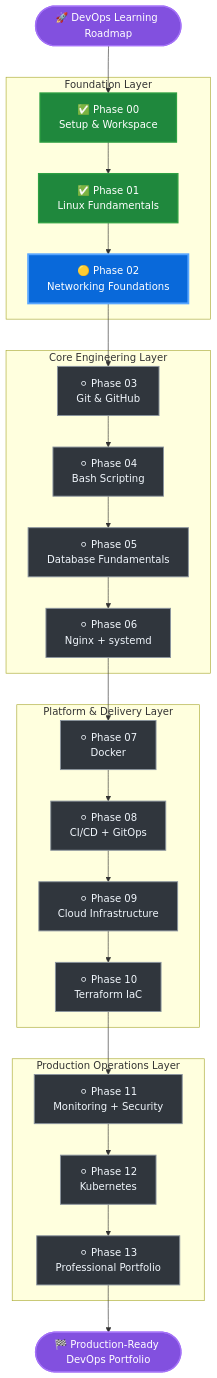
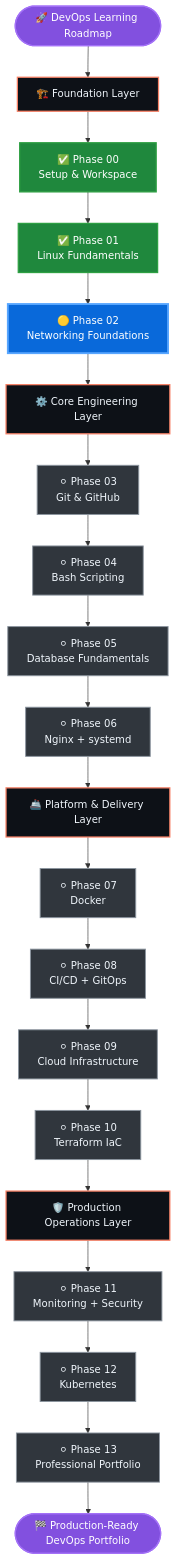
The diagram in ROADMAP.md (gourgen-grigoryan/gourgen-devops-labs), drawn with Mermaid before and after one commit. The commit also changed other lines of this file, not shown here.

Commit message:
Clean up roadmap visual flow diagram

````diff
--- a/ROADMAP.md
+++ b/ROADMAP.md
@@ -102,42 +102,44 @@
 ```mermaid
 flowchart TB
     classDef completed fill:#1f883d,stroke:#2ea043,color:#ffffff,stroke-width:2px
     classDef current fill:#0969da,stroke:#58a6ff,color:#ffffff,stroke-width:3px
     classDef planned fill:#30363d,stroke:#8b949e,color:#f0f6fc,stroke-width:1.5px
+    classDef layer fill:#0d1117,stroke:#f78166,color:#f0f6fc,stroke-width:2px
     classDef project fill:#8250df,stroke:#a371f7,color:#ffffff,stroke-width:2px
 
     Start(["🚀 DevOps Learning Roadmap"]):::project
 
-    subgraph Foundation["Foundation Layer"]
-        P00["✅ Phase 00<br/>Setup & Workspace"]:::completed
-        P01["✅ Phase 01<br/>Linux Fundamentals"]:::completed
-        P02["🟡 Phase 02<br/>Networking Foundations"]:::current
-    end
+    L1["🏗️ Foundation Layer"]:::layer
+    P00["✅ Phase 00<br/>Setup & Workspace"]:::completed
+    P01["✅ Phase 01<br/>Linux Fundamentals"]:::completed
+    P02["🟡 Phase 02<br/>Networking Foundations"]:::current
 
-    subgraph Core["Core Engineering Layer"]
-        P03["⚪ Phase 03<br/>Git & GitHub"]:::planned
-        P04["⚪ Phase 04<br/>Bash Scripting"]:::planned
-        P05["⚪ Phase 05<br/>Database Fundamentals"]:::planned
-        P06["⚪ Phase 06<br/>Nginx + systemd"]:::planned
-    end
+    L2["⚙️ Core Engineering Layer"]:::layer
+    P03["⚪ Phase 03<br/>Git & GitHub"]:::planned
+    P04["⚪ Phase 04<br/>Bash Scripting"]:::planned
+    P05["⚪ Phase 05<br/>Database Fundamentals"]:::planned
+    P06["⚪ Phase 06<br/>Nginx + systemd"]:::planned
 
-    subgraph Platform["Platform & Delivery Layer"]
-        P07["⚪ Phase 07<br/>Docker"]:::planned
-        P08["⚪ Phase 08<br/>CI/CD + GitOps"]:::planned
-        P09["⚪ Phase 09<br/>Cloud Infrastructure"]:::planned
-        P10["⚪ Phase 10<br/>Terraform IaC"]:::planned
-    end
+    L3["🚢 Platform & Delivery Layer"]:::layer
+    P07["⚪ Phase 07<br/>Docker"]:::planned
+    P08["⚪ Phase 08<br/>CI/CD + GitOps"]:::planned
+    P09["⚪ Phase 09<br/>Cloud Infrastructure"]:::planned
+    P10["⚪ Phase 10<br/>Terraform IaC"]:::planned
 
-    subgraph Operations["Production Operations Layer"]
-        P11["⚪ Phase 11<br/>Monitoring + Security"]:::planned
-        P12["⚪ Phase 12<br/>Kubernetes"]:::planned
-        P13["⚪ Phase 13<br/>Professional Portfolio"]:::planned
-    end
+    L4["🛡️ Production Operations Layer"]:::layer
+    P11["⚪ Phase 11<br/>Monitoring + Security"]:::planned
+    P12["⚪ Phase 12<br/>Kubernetes"]:::planned
+    P13["⚪ Phase 13<br/>Professional Portfolio"]:::planned
 
     Finish(["🏁 Production-Ready DevOps Portfolio"]):::project
 
-    Start --> P00 --> P01 --> P02
-    P02 --> P03 --> P04 --> P05 --> P06
-    P06 --> P07 --> P08 --> P09 --> P10
-    P10 --> P11 --> P12 --> P13 --> Finish
+    Start --> L1
+    L1 --> P00 --> P01 --> P02
+    P02 --> L2
+    L2 --> P03 --> P04 --> P05 --> P06
+    P06 --> L3
+    L3 --> P07 --> P08 --> P09 --> P10
+    P10 --> L4
+    L4 --> P11 --> P12 --> P13
+    P13 --> Finish
 ```
````
